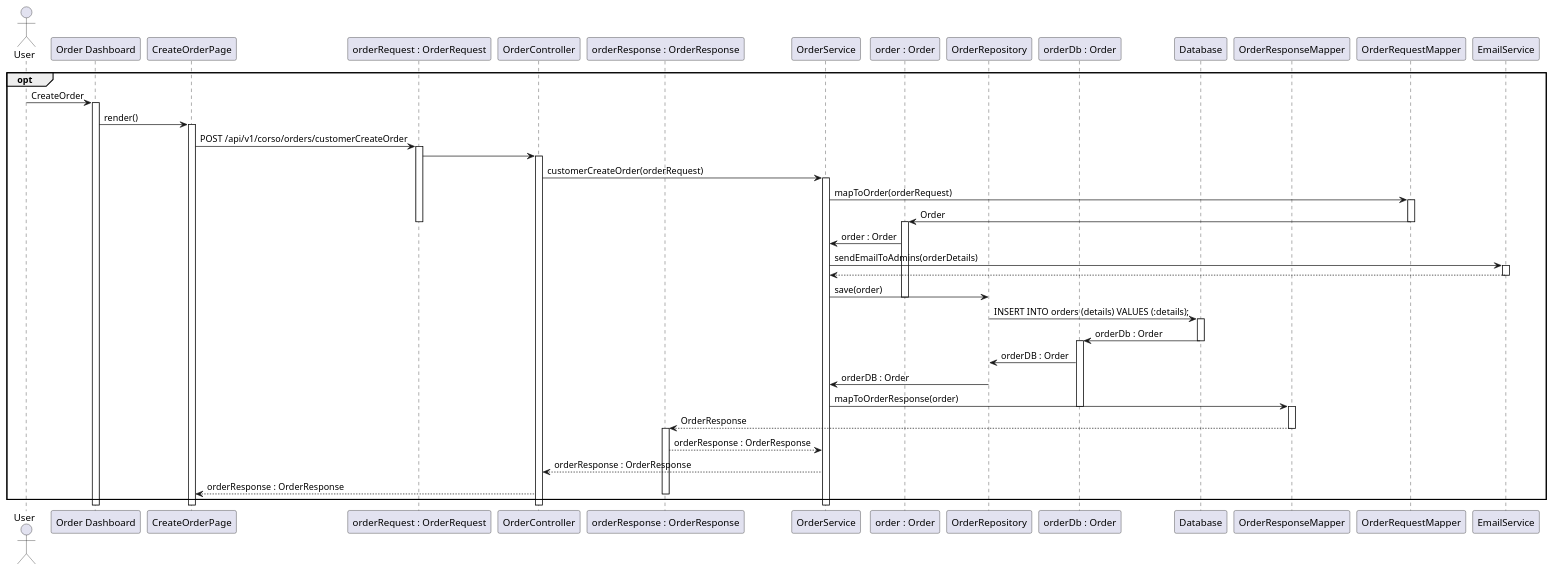
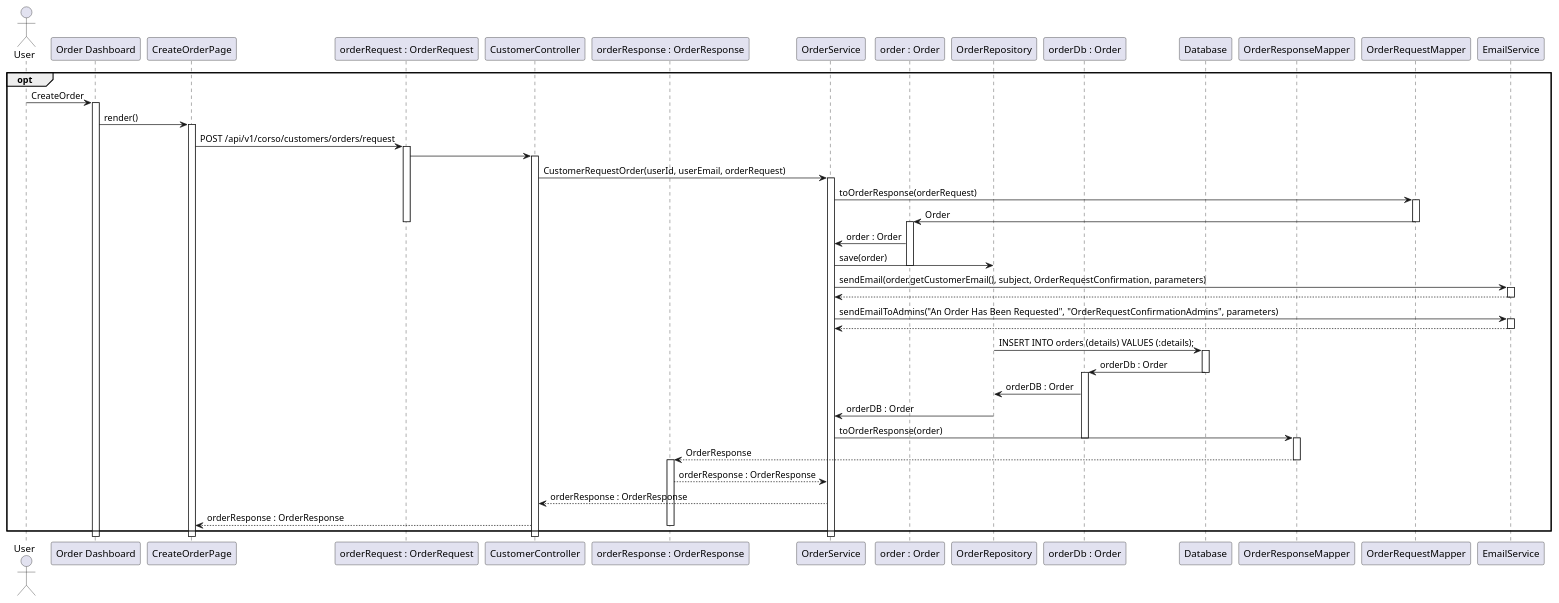
Before and after one commit to DylanBrass/Corso-Website: the diagram in Diagrams/LLSD/Orders/RequestOrderAsACustomer.puml, drawn with PlantUML.

Commit message:
diagrams

```diff
--- a/Diagrams/LLSD/Orders/RequestOrderAsACustomer.puml
+++ b/Diagrams/LLSD/Orders/RequestOrderAsACustomer.puml
@@ -1,92 +1,97 @@
 @startuml
 actor User
 
 participant "Order Dashboard" as ODashB
 
 participant "CreateOrderPage" as COP
 
 participant "orderRequest : OrderRequest" as Orq
 
-participant "OrderController" as Oc
+participant "CustomerController" as Oc
 
 participant "orderResponse : OrderResponse" as Orr
 
 participant "OrderService" as Os
 
 participant "order : Order" as O
 
 participant "OrderRepository" as Orep
 
 participant "orderDb : Order" as Odb
 
 participant "Database" as Db
 
 participant "OrderResponseMapper" as OresM
 
 participant "OrderRequestMapper" as OreqM
 
 
 opt
 User -> ODashB : CreateOrder
 activate ODashB
 
 ODashB -> COP : render()
 activate COP
 
-COP -> Orq : POST /api/v1/corso/orders/customerCreateOrder
+COP -> Orq : POST /api/v1/corso/customers/orders/request
 activate Orq
 
 Orq -> Oc
 activate Oc
 
-Oc -> Os : customerCreateOrder(orderRequest)
+Oc -> Os : CustomerRequestOrder(userId, userEmail, orderRequest)
 activate Os
 
-Os -> OreqM : mapToOrder(orderRequest)
+Os -> OreqM : toOrderResponse(orderRequest)
 activate OreqM
 
 OreqM -> O: Order
 
 deactivate Orq
 deactivate OreqM
 
 activate O
 
 O -> Os : order : Order
 
-Os -> EmailService : sendEmailToAdmins(orderDetails)
+Os -> Orep: save(order)
+deactivate O
+
+Os -> EmailService : sendEmail(order.getCustomerEmail(), subject, OrderRequestConfirmation, parameters)
 activate EmailService
 EmailService --> Os
 deactivate EmailService
 
-Os -> Orep: save(order)
-deactivate O
+Os -> EmailService : sendEmailToAdmins("An Order Has Been Requested", "OrderRequestConfirmationAdmins", parameters)
+activate EmailService
+EmailService --> Os
+deactivate EmailService
 
 Orep -> Db: INSERT INTO orders (details) VALUES (:details);
 activate Db
 
 Db -> Odb: orderDb : Order
 deactivate Db
 
 activate Odb
 Odb -> Orep: orderDB : Order
 
 Orep -> Os: orderDB : Order
 deactivate Orep
-Os -> OresM: mapToOrderResponse(order)
+Os -> OresM: toOrderResponse(order)
 deactivate Odb
 activate OresM
 
 OresM --> Orr: OrderResponse
 deactivate OresM
 activate Orr
 
 Orr --> Os : orderResponse : OrderResponse
 
 Os --> Oc: orderResponse : OrderResponse
 
 Oc --> COP: orderResponse : OrderResponse
 
 deactivate Orr
 end opt
 @enduml
```
